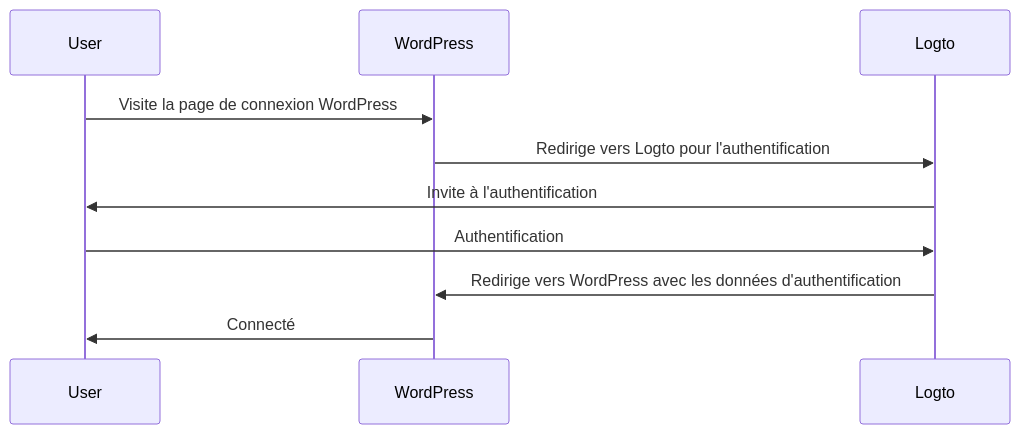
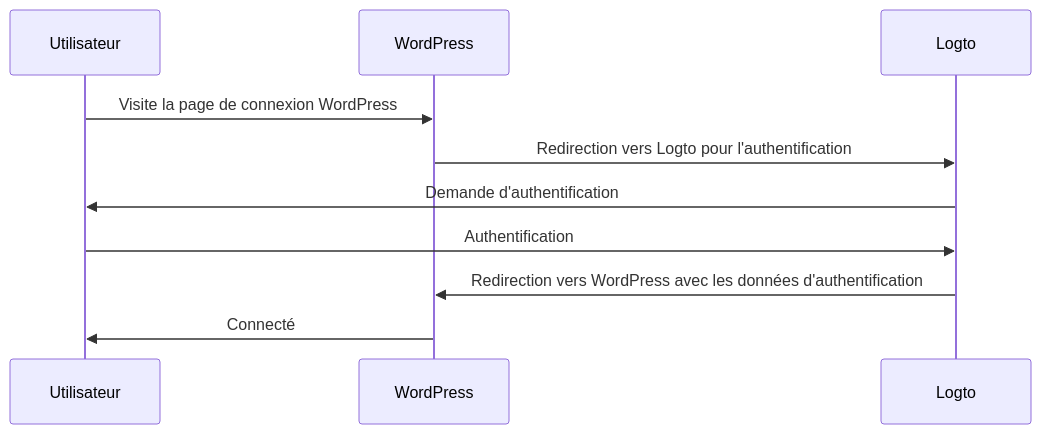
Before and after one commit to logto-io/docs: the first of 2 diagrams in i18n/fr/docusaurus-plugin-content-docs/current/quick-starts/framework/wordpress-plugin/_integration.mdx, drawn with Mermaid. The commit also changed other lines of this file and 407 other files, not shown here.

````diff
--- a/i18n/fr/docusaurus-plugin-content-docs/current/quick-starts/framework/wordpress-plugin/_integration.mdx
+++ b/i18n/fr/docusaurus-plugin-content-docs/current/quick-starts/framework/wordpress-plugin/_integration.mdx
@@ -62,13 +56,13 @@
 ```mermaid
 sequenceDiagram
-    participant User
+    participant Utilisateur
     participant WordPress
     participant Logto
 
-    User->>WordPress: Visite la page de connexion WordPress
-    WordPress->>Logto: Redirige vers Logto pour l'authentification
-    Logto->>User: Invite à l'authentification
-    User->>Logto: Authentification
-    Logto->>WordPress: Redirige vers WordPress avec les données d'authentification
-    WordPress->>User: Connecté
+    Utilisateur->>WordPress: Visite la page de connexion WordPress
+    WordPress->>Logto: Redirection vers Logto pour l'authentification
+    Logto->>Utilisateur: Demande d'authentification
+    Utilisateur->>Logto: Authentification
+    Logto->>WordPress: Redirection vers WordPress avec les données d'authentification
+    WordPress->>Utilisateur: Connecté
 ```
````
